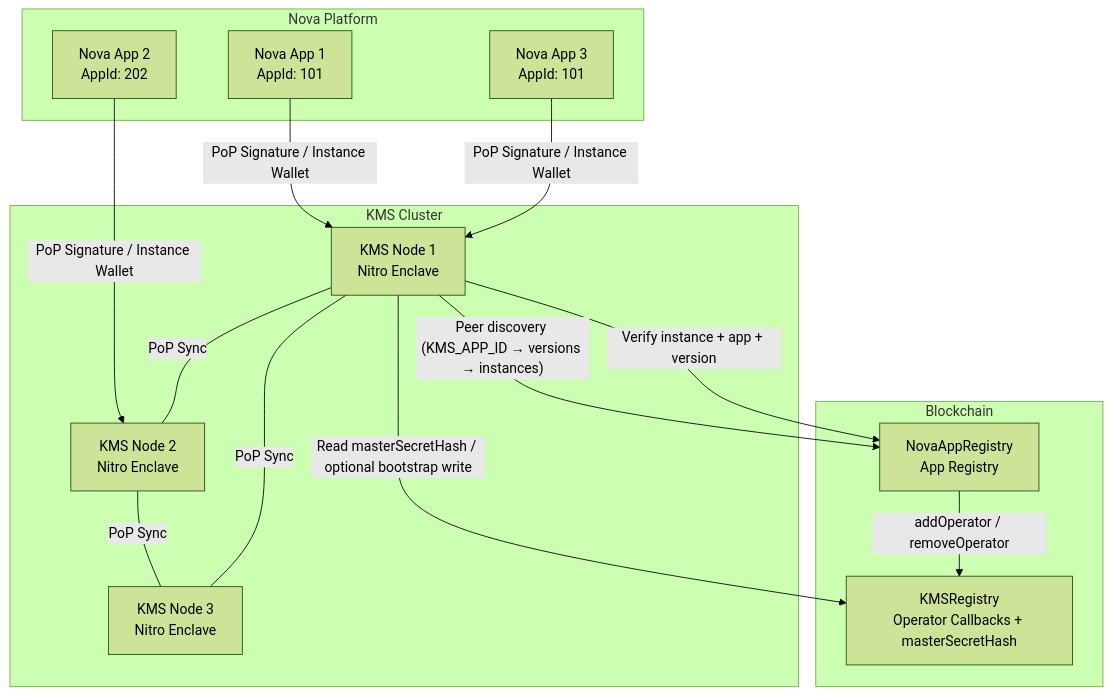
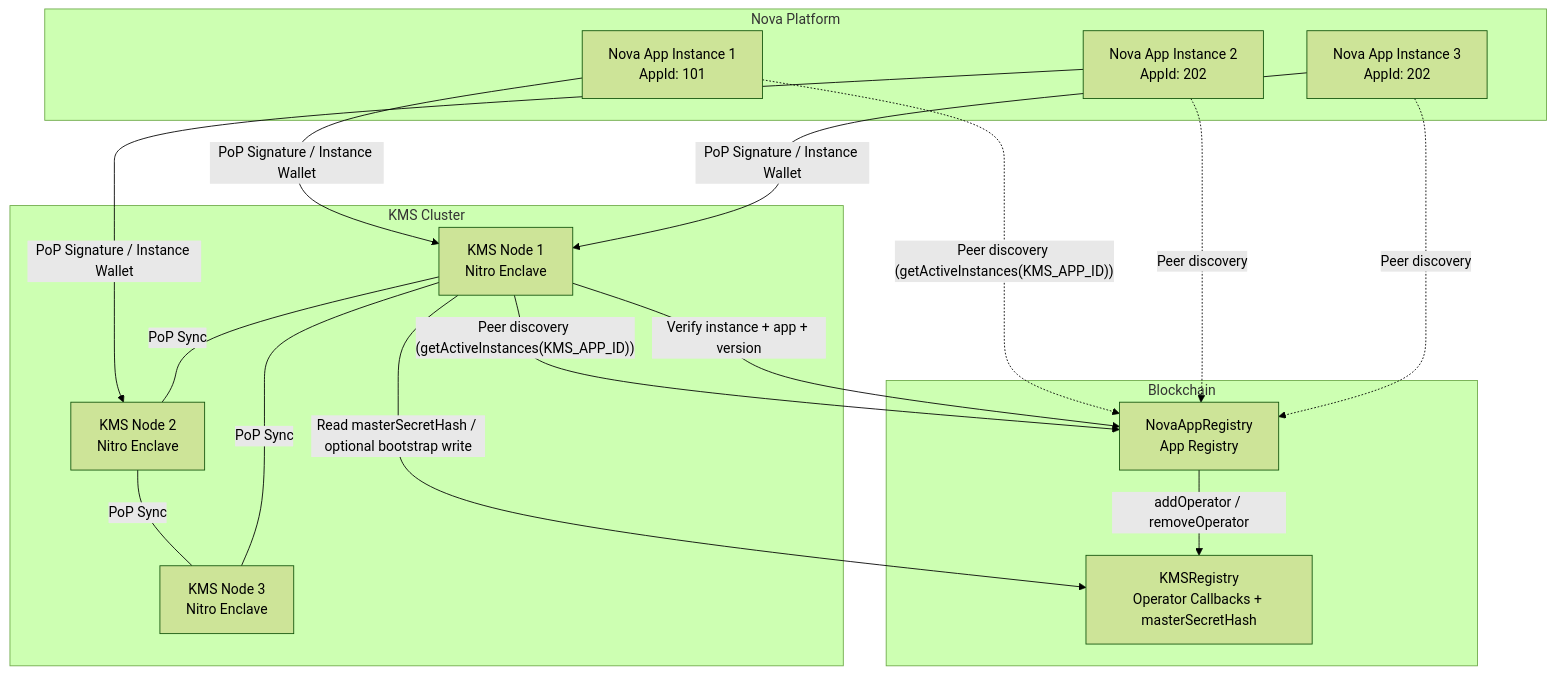
The diagram in docs/architecture.md (sparsity-xyz/nova-kms), drawn with Mermaid (forest theme) before and after one commit. The commit also changed other lines of this file and 8 other files, not shown here.

Commit message:
use getActiveInstances() to find kms nodes

````diff
--- a/docs/architecture.md
+++ b/docs/architecture.md
@@ -15,32 +15,36 @@
 ```mermaid
 graph TB
     subgraph "Nova Platform"
-        App1[Nova App 1<br/>AppId: 101]
-        App2[Nova App 2<br/>AppId: 202]
-        App3[Nova App 3<br/>AppId: 101]
+        App1[Nova App Instance 1<br/>AppId: 101]
+        App2[Nova App Instance 2<br/>AppId: 202]
+        App3[Nova App Instance 3<br/>AppId: 202]
     end
     
     subgraph "KMS Cluster"
         KMS1[KMS Node 1<br/>Nitro Enclave]
         KMS2[KMS Node 2<br/>Nitro Enclave]
         KMS3[KMS Node 3<br/>Nitro Enclave]
     end
     
     subgraph "Blockchain"
         Registry[NovaAppRegistry<br/>App Registry]
         KMSContract[KMSRegistry<br/>Operator Callbacks + masterSecretHash]
     end
     
     App1 -- "PoP Signature / Instance Wallet" --> KMS1
     App2 -- "PoP Signature / Instance Wallet" --> KMS2
     App3 -- "PoP Signature / Instance Wallet" --> KMS1
     
+    App1 -. "Peer discovery (getActiveInstances(KMS_APP_ID))" .-> Registry
+    App2 -. "Peer discovery" .-> Registry
+    App3 -. "Peer discovery" .-> Registry
+    
     KMS1 -- "PoP Sync" --- KMS2
     KMS2 -- "PoP Sync" --- KMS3
     KMS1 -- "PoP Sync" --- KMS3
     
     Registry -- "addOperator / removeOperator" --> KMSContract
-    KMS1 -- "Peer discovery (KMS_APP_ID → versions → instances)" --> Registry
+    KMS1 -- "Peer discovery (getActiveInstances(KMS_APP_ID))" --> Registry
     KMS1 -- "Read masterSecretHash / optional bootstrap write" --> KMSContract
     KMS1 -- "Verify instance + app + version" --> Registry
 ```
````
